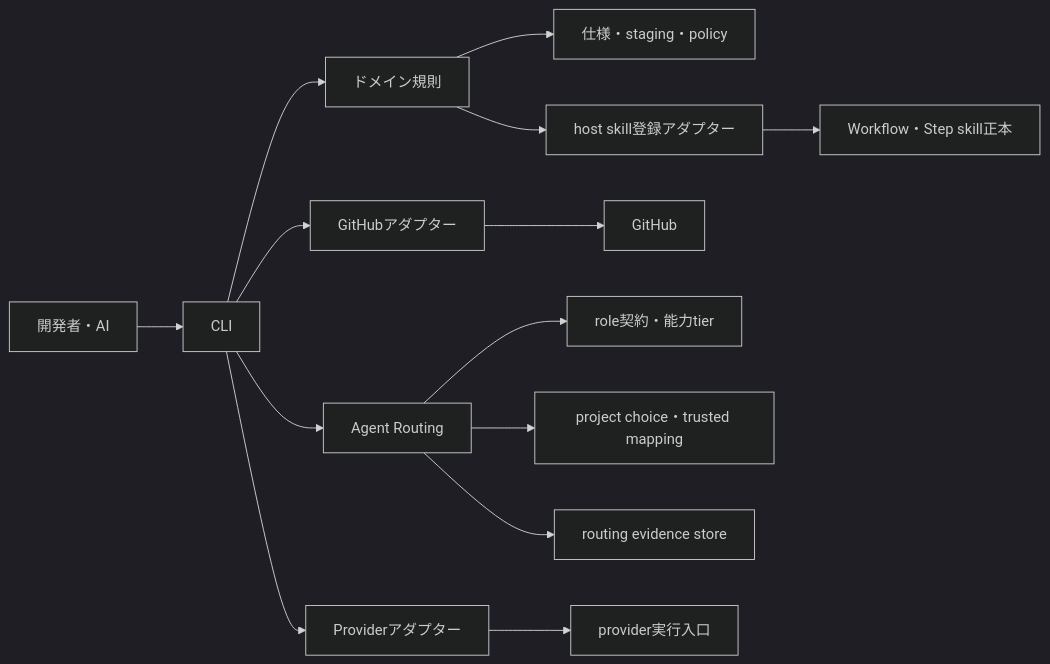
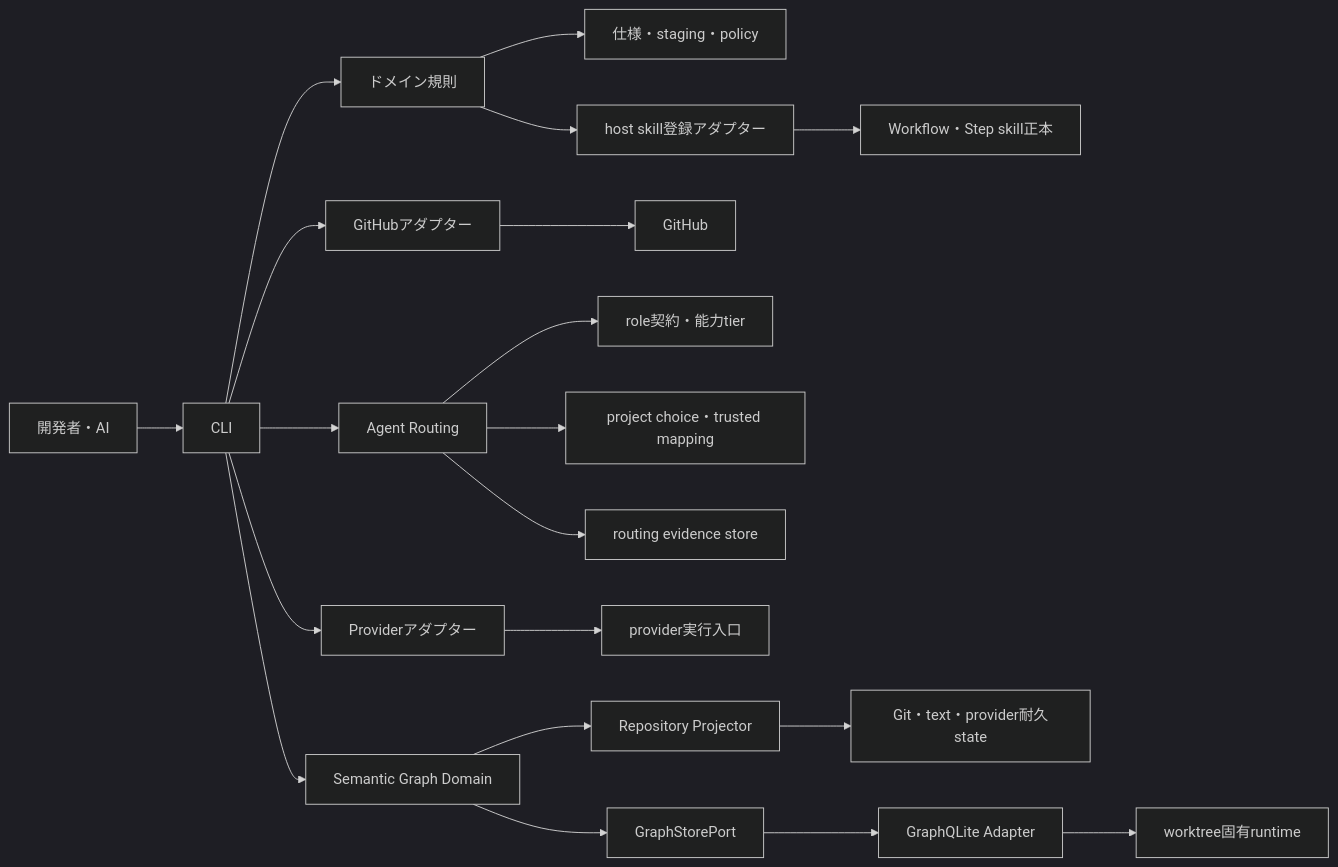
Before and after one commit to techbeansjp-free/AGENTS.md: the diagram in docs/specs/03_アーキテクチャ/00_全体構成.md, drawn with Mermaid (dark theme). The commit also changed other lines of this file and 50 other files, not shown here.

Commit message:
feat: add embedded semantic graph foundation

````diff
--- a/docs/specs/03_アーキテクチャ/00_全体構成.md
+++ b/docs/specs/03_アーキテクチャ/00_全体構成.md
@@ -3,16 +3,22 @@
 ```mermaid
 flowchart LR
   user[開発者・AI] --> cli[CLI]
   cli --> domain[ドメイン規則]
   cli --> adapter[GitHubアダプター]
   cli --> routing[Agent Routing]
   routing --> role_policy[role契約・能力tier]
   cli --> provider_adapter[Providerアダプター]
+  cli --> graph_domain[Semantic Graph Domain]
   domain --> files[仕様・staging・policy]
   domain --> host_adapter[host skill登録アダプター]
   host_adapter --> workflow[Workflow・Step skill正本]
   adapter --> github[GitHub]
   routing --> routing_inputs[project choice・trusted mapping]
   routing --> evidence[routing evidence store]
   provider_adapter --> provider[provider実行入口]
+  graph_domain --> projector[Repository Projector]
+  projector --> sources[Git・text・provider耐久state]
+  graph_domain --> graph_port[GraphStorePort]
+  graph_port --> graph_adapter[GraphQLite Adapter]
+  graph_adapter --> graph_runtime[worktree固有runtime]
 ```
````
